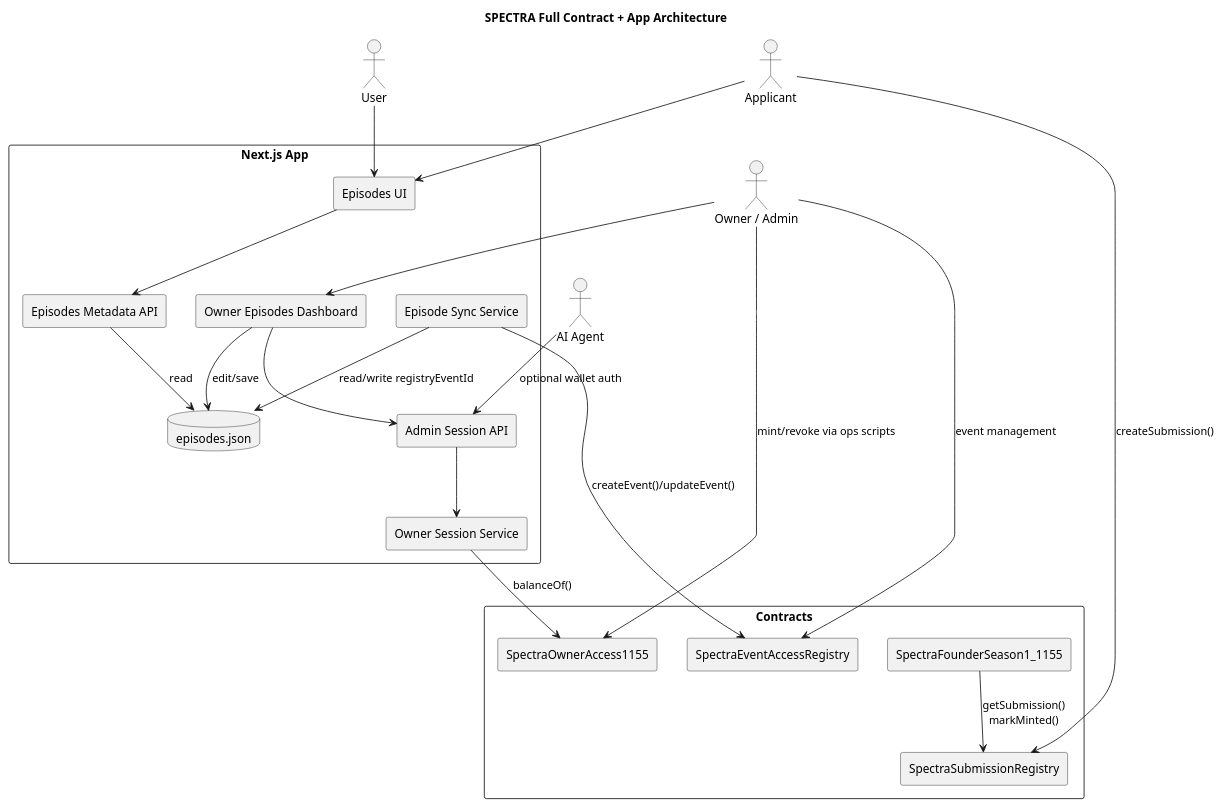
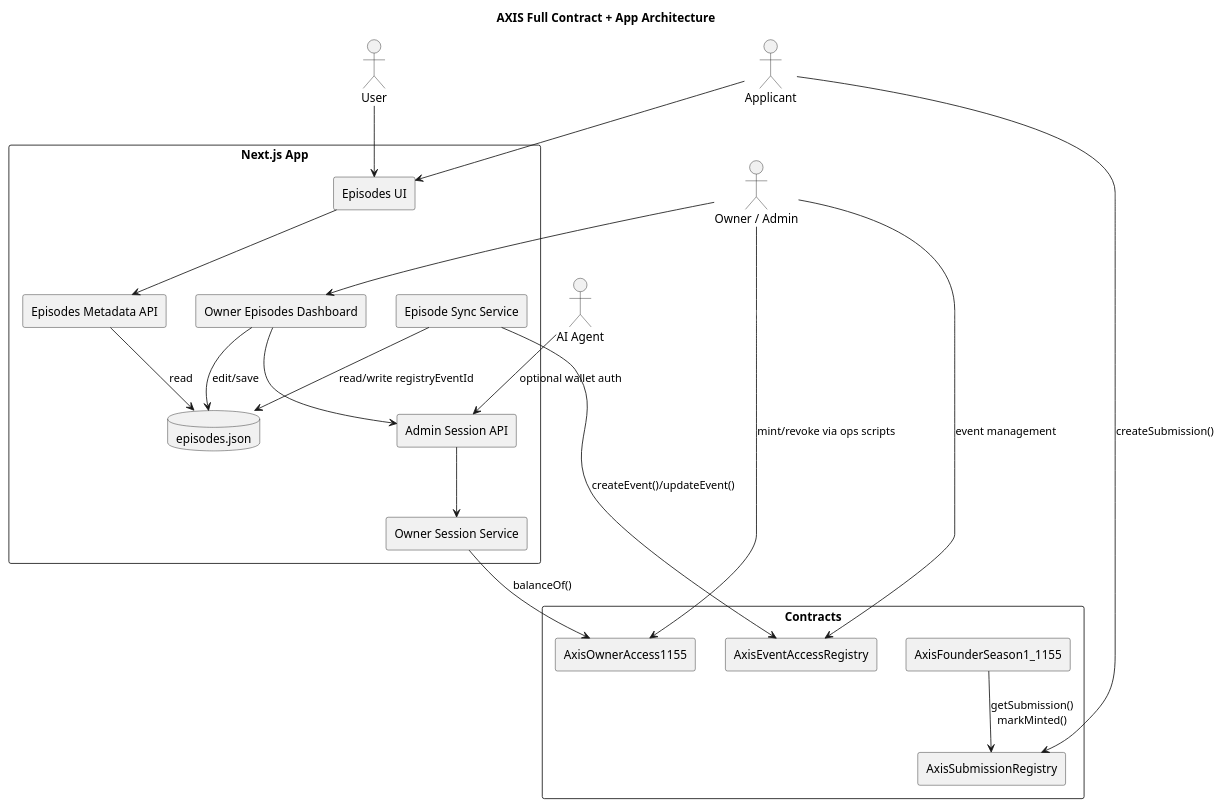
One commit to sunshinevendetta/axisv1 changed the diagram in docs/diagrams/full-architecture.puml. Above: the diagram before and after it, drawn with PlantUML. The commit also changed 7990 other files, not shown here.

```diff
--- a/docs/diagrams/full-architecture.puml
+++ b/docs/diagrams/full-architecture.puml
@@ -1,50 +1,50 @@
 @startuml
-title SPECTRA Full Contract + App Architecture
+title AXIS Full Contract + App Architecture
 
 skinparam componentStyle rectangle
 skinparam packageStyle rectangle
 
 actor User
 actor Applicant
 actor OwnerAdmin as "Owner / Admin"
 actor Agent as "AI Agent"
 
 package "Next.js App" {
   [Episodes UI]
   [Owner Episodes Dashboard]
   [Admin Session API]
   [Episodes Metadata API]
   [Episode Sync Service]
   [Owner Session Service]
   database "episodes.json" as EpisodesJson
 }
 
 package "Contracts" {
-  [SpectraSubmissionRegistry]
-  [SpectraFounderSeason1_1155]
-  [SpectraEventAccessRegistry]
-  [SpectraOwnerAccess1155]
+  [AxisSubmissionRegistry]
+  [AxisFounderSeason1_1155]
+  [AxisEventAccessRegistry]
+  [AxisOwnerAccess1155]
 }
 
 Applicant --> [Episodes UI]
-Applicant --> [SpectraSubmissionRegistry] : createSubmission()
-[SpectraFounderSeason1_1155] --> [SpectraSubmissionRegistry] : getSubmission()\nmarkMinted()
+Applicant --> [AxisSubmissionRegistry] : createSubmission()
+[AxisFounderSeason1_1155] --> [AxisSubmissionRegistry] : getSubmission()\nmarkMinted()
 
 OwnerAdmin --> [Owner Episodes Dashboard]
 [Owner Episodes Dashboard] --> [Admin Session API]
 [Admin Session API] --> [Owner Session Service]
-[Owner Session Service] --> [SpectraOwnerAccess1155] : balanceOf()
+[Owner Session Service] --> [AxisOwnerAccess1155] : balanceOf()
 
 [Owner Episodes Dashboard] --> EpisodesJson : edit/save
 [Episodes Metadata API] --> EpisodesJson : read
 [Episode Sync Service] --> EpisodesJson : read/write registryEventId
-[Episode Sync Service] --> [SpectraEventAccessRegistry] : createEvent()/updateEvent()
+[Episode Sync Service] --> [AxisEventAccessRegistry] : createEvent()/updateEvent()
 
 Agent --> [Admin Session API] : optional wallet auth
 [Episodes UI] --> [Episodes Metadata API]
 
 User --> [Episodes UI]
-OwnerAdmin --> [SpectraOwnerAccess1155] : mint/revoke via ops scripts
-OwnerAdmin --> [SpectraEventAccessRegistry] : event management
+OwnerAdmin --> [AxisOwnerAccess1155] : mint/revoke via ops scripts
+OwnerAdmin --> [AxisEventAccessRegistry] : event management
 
 @enduml
```
